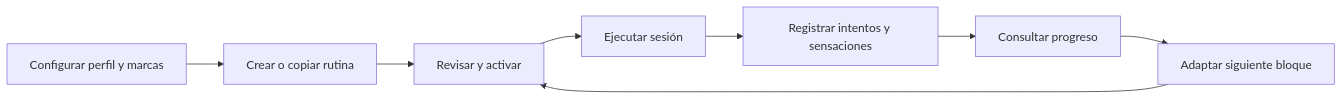
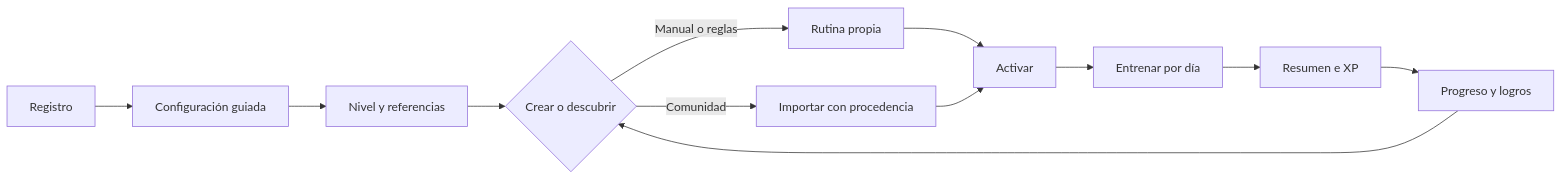
One commit to FranciscoMancebo/TFM-M-ster-en-Desarrollo-con-IA changed the diagram in docs/00-vision-y-alcance.md. Above: the diagram before and after it, drawn with Mermaid. The commit also changed other lines of this file and 28 other files, not shown here.

````diff
--- a/docs/00-vision-y-alcance.md
+++ b/docs/00-vision-y-alcance.md
@@ -91,10 +129,14 @@
 ```mermaid
 flowchart LR
-    A[Configurar perfil y marcas] --> B[Crear o copiar rutina]
-    B --> C[Revisar y activar]
-    C --> D[Ejecutar sesión]
-    D --> E[Registrar intentos y sensaciones]
-    E --> F[Consultar progreso]
-    F --> G[Adaptar siguiente bloque]
-    G --> C
+    A[Registro] --> B[Configuración guiada]
+    B --> C[Nivel y referencias]
+    C --> D{Crear o descubrir}
+    D -->|Manual o reglas| E[Rutina propia]
+    D -->|Comunidad| F[Importar con procedencia]
+    E --> G[Activar]
+    F --> G
+    G --> H[Entrenar por día]
+    H --> I[Resumen e XP]
+    I --> J[Progreso y logros]
+    J --> D
 ```
````
